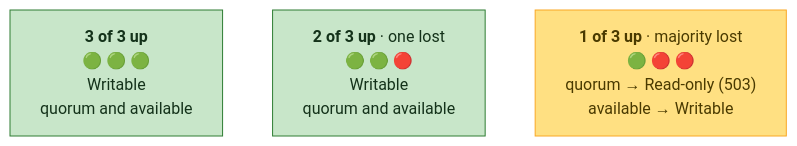
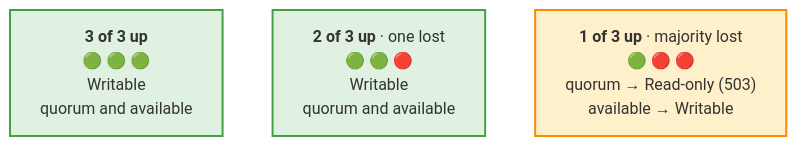
One commit to dxc-technology/arca changed the second of 2 diagrams in documentation/docs/guide/ha.md. Above: the diagram before and after it, drawn with Mermaid. The commit also changed other lines of this file and 2 other files, not shown here.

First line of the commit message:
Docs: make HA diagram fills readable in dark mode

````diff
--- a/documentation/docs/guide/ha.md
+++ b/documentation/docs/guide/ha.md
@@ -78,10 +78,10 @@
 ```mermaid
 flowchart LR
     s3["<b>3 of 3 up</b><br/>🟢 🟢 🟢<br/>Writable<br/>quorum and available"]:::ok
     s2["<b>2 of 3 up</b> · one lost<br/>🟢 🟢 🔴<br/>Writable<br/>quorum and available"]:::ok
     s1["<b>1 of 3 up</b> · majority lost<br/>🟢 🔴 🔴<br/>quorum → Read-only (503)<br/>available → Writable"]:::warn
     s3 ~~~ s2 ~~~ s1
 
-    classDef ok fill:#c8e6c9,stroke:#2e7d32,color:#14321a;
-    classDef warn fill:#ffe082,stroke:#f9a825,color:#4a3a00;
+    classDef ok fill:#66bb6a33,stroke:#43a047,stroke-width:2px;
+    classDef warn fill:#ffb30033,stroke:#fb8c00,stroke-width:2px;
 ```
````
